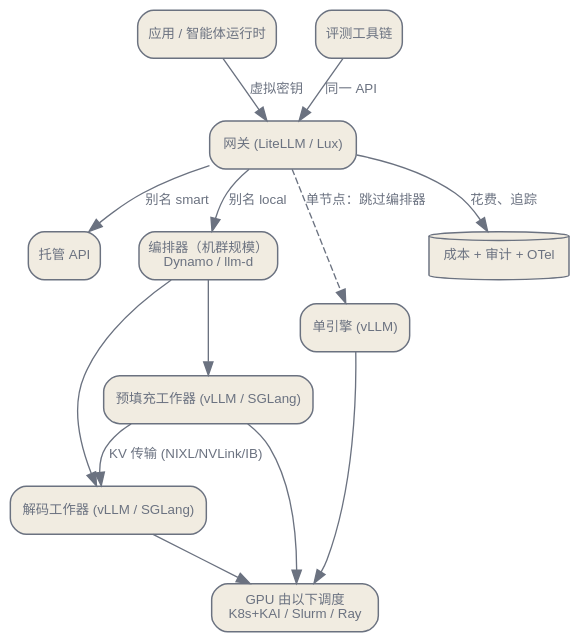
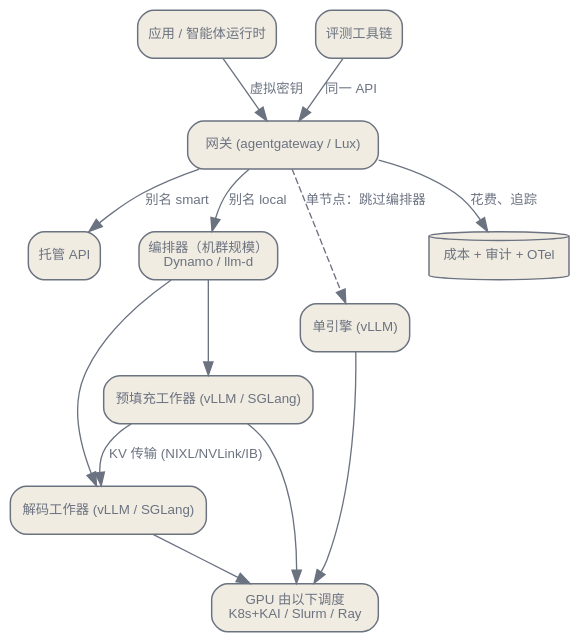
One commit to latere-ai/ai-as-an-infrastructure changed the second of 2 diagrams in zh/practice/02-serving-and-compute.qmd. Above: the diagram before and after it, drawn with Graphviz. The commit also changed other lines of this file and 1 other file, not shown here.

Commit message:
serving-and-compute: align gateway default with the capstone, keep LiteLLM as an option

````diff
--- a/zh/practice/02-serving-and-compute.qmd
+++ b/zh/practice/02-serving-and-compute.qmd
@@ -249,33 +248,33 @@
 ```{dot}
 //| label: fig-serving-wiring
 //| fig-cap: "整栈端到端接线。网关是枢纽：应用、智能体与评测工具链都持有一个虚拟密钥与一个 base URL，网关扇出到托管 API 与跑在受调度 GPU 上的自托管引擎。"
 digraph {
   bgcolor="transparent";
   rankdir=TB;
   nodesep=0.4; ranksep=0.5;
   node [shape=box, style="rounded,filled", fontname="Helvetica", fontsize=10, color="#6b7280", fontcolor="#6b7280", fillcolor="#f1ece1", penwidth=1.1];
   edge [fontsize=10, fontname="Helvetica", color="#6b7280", fontcolor="#6b7280"];
   app [label="应用 / 智能体运行时"];
-  gw [label="网关 (LiteLLM / Lux)"];
+  gw [label="网关 (agentgateway / Lux)"];
   eval [label="评测工具链"];
   api [label="托管 API"];
   orch [label="编排器（机群规模）\nDynamo / llm-d"];
   prefill [label="预填充工作器 (vLLM / SGLang)"];
   decode [label="解码工作器 (vLLM / SGLang)"];
   engine [label="单引擎 (vLLM)"];
   sched [label="GPU 由以下调度\nK8s+KAI / Slurm / Ray"];
   obs [label="成本 + 审计 + OTel", shape=cylinder];
   app -> gw [label="虚拟密钥"];
   eval -> gw [label="同一 API"];
   gw -> api [label="别名 smart"];
   gw -> orch [label="别名 local"];
   orch -> prefill;
   orch -> decode;
   prefill -> decode [label="KV 传输 (NIXL/NVLink/IB)"];
   gw -> engine [style=dashed, label="单节点：跳过编排器"];
   prefill -> sched;
   decode -> sched;
   engine -> sched;
   gw -> obs [label="花费、追踪"];
 }
 ```
````
